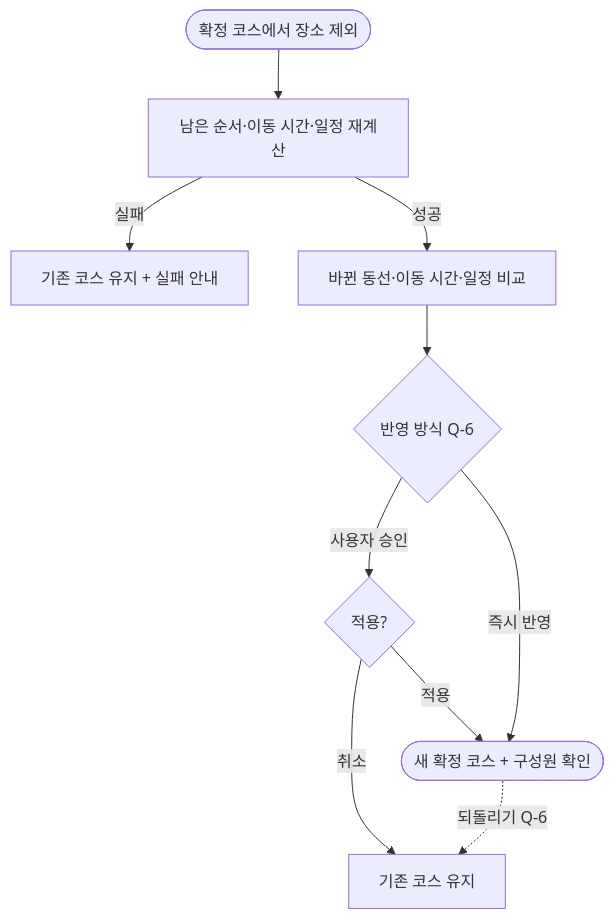
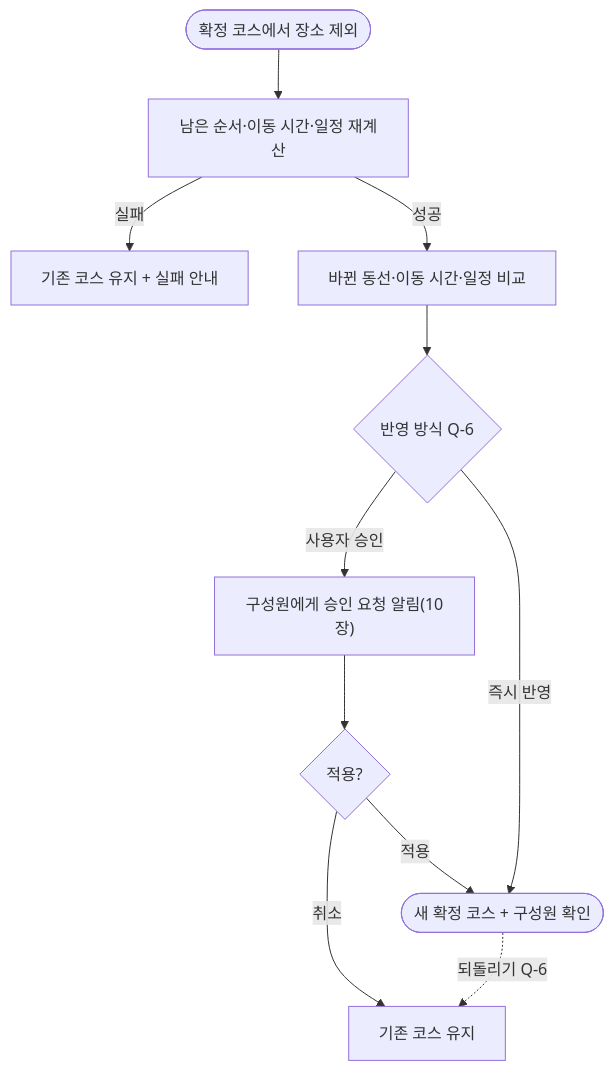
Before and after one commit to a204-eodilog/eodilog: diagram 16 of 25 in docs/flow/user-flow.md, drawn with Mermaid. The commit also changed other lines of this file and 1 other file, not shown here.

````diff
--- a/docs/flow/user-flow.md
+++ b/docs/flow/user-flow.md
@@ -350,12 +358,12 @@
 ```mermaid
 flowchart TD
     X(["확정 코스에서 장소 제외"]) --> RC["남은 순서·이동 시간·일정 재계산"]
     RC -- "실패" --> KEEP["기존 코스 유지 + 실패 안내"]
     RC -- "성공" --> DIFF["바뀐 동선·이동 시간·일정 비교"]
     DIFF --> MODE{"반영 방식 Q-6"}
-    MODE -- "사용자 승인" --> OK{"적용?"}
+    MODE -- "사용자 승인" --> NT["구성원에게 승인 요청 알림(10장)"] --> OK{"적용?"}
     OK -- "적용" --> NEWC(["새 확정 코스 + 구성원 확인"])
     OK -- "취소" --> KEEP2["기존 코스 유지"]
     MODE -- "즉시 반영" --> NEWC
     NEWC -. "되돌리기 Q-6" .-> KEEP2
 ```
````
